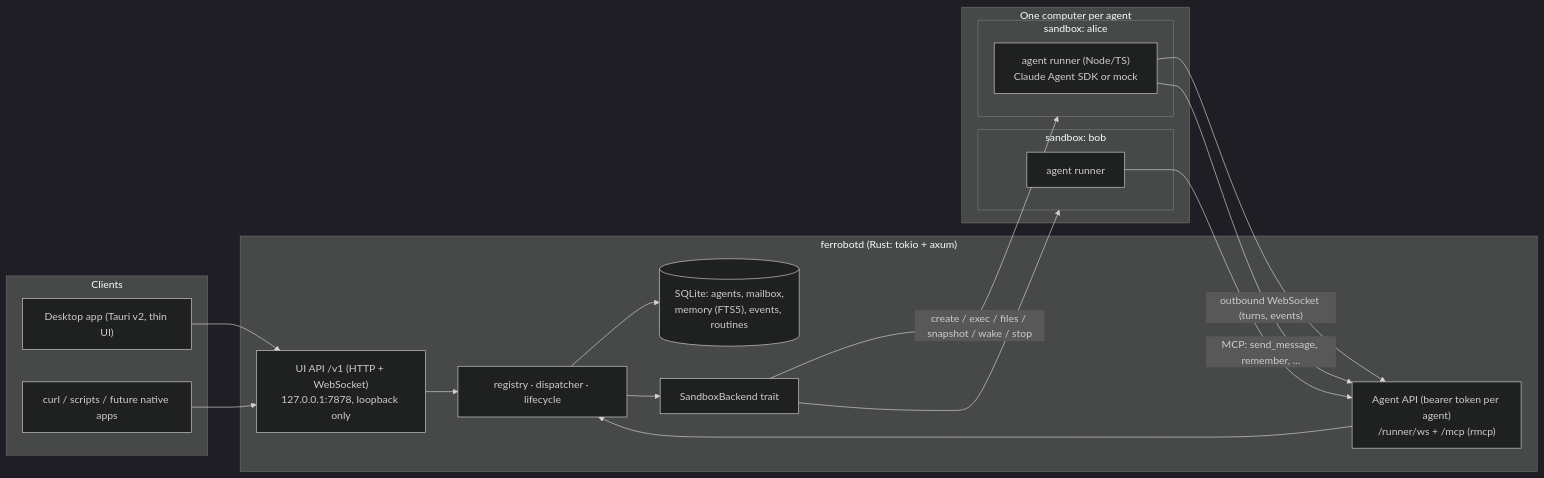
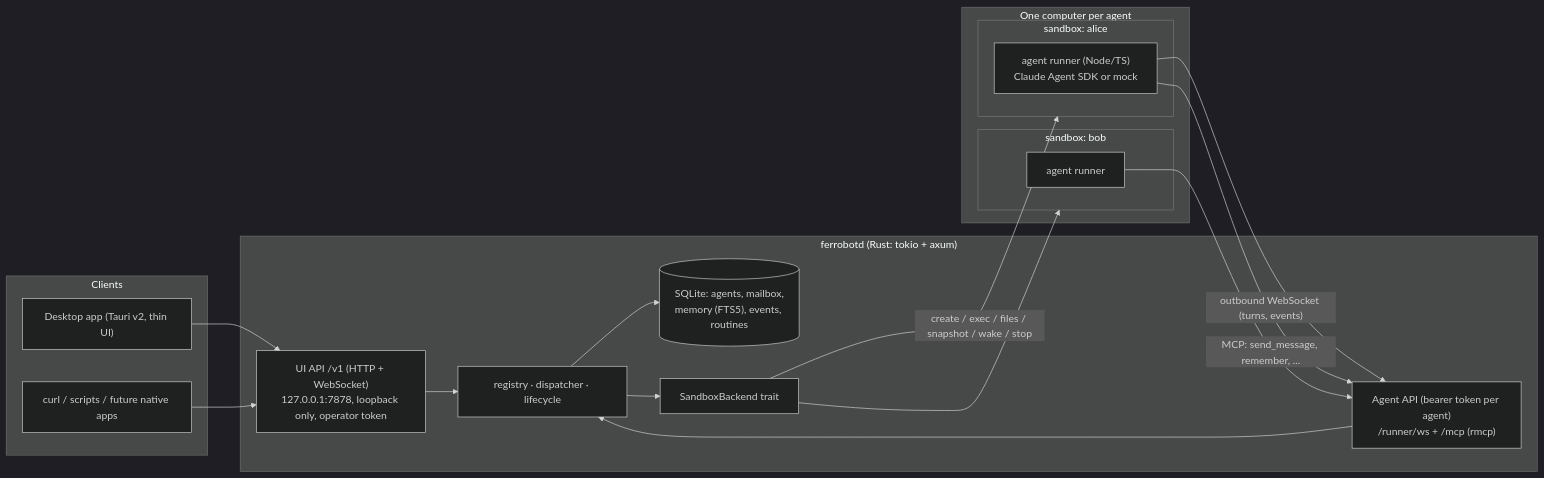
Before and after one commit to byQuexo/ferrobot: the diagram in README.md, drawn with Mermaid (dark theme). The commit also changed other lines of this file and 41 other files, not shown here.

````diff
--- a/README.md
+++ b/README.md
@@ -53,36 +53,36 @@
 ```mermaid
 flowchart LR
     subgraph clients[Clients]
         UI["Desktop app (Tauri v2, thin UI)"]
         CLI["curl / scripts / future native apps"]
     end
 
     subgraph daemon["ferrobotd (Rust: tokio + axum)"]
-        API["UI API /v1 (HTTP + WebSocket)<br/>127.0.0.1:7878, loopback only"]
+        API["UI API /v1 (HTTP + WebSocket)<br/>127.0.0.1:7878, loopback only, operator token"]
         AGENT["Agent API (bearer token per agent)<br/>/runner/ws + /mcp (rmcp)"]
         CORE["registry · dispatcher · lifecycle"]
         STORE[("SQLite: agents, mailbox,<br/>memory (FTS5), events, routines")]
         SB["SandboxBackend trait"]
     end
 
     subgraph sandboxes["One computer per agent"]
         subgraph s1["sandbox: alice"]
             R1["agent runner (Node/TS)<br/>Claude Agent SDK or mock"]
         end
         subgraph s2["sandbox: bob"]
             R2["agent runner"]
         end
     end
 
     UI --> API
     CLI --> API
     API --> CORE
     CORE --> STORE
     CORE --> SB
     SB -- "create / exec / files / snapshot / wake / stop" --> s1
     SB --> s2
     R1 -- "outbound WebSocket (turns, events)" --> AGENT
     R1 -- "MCP: send_message, remember, ..." --> AGENT
     R2 --> AGENT
     AGENT --> CORE
 ```
````
